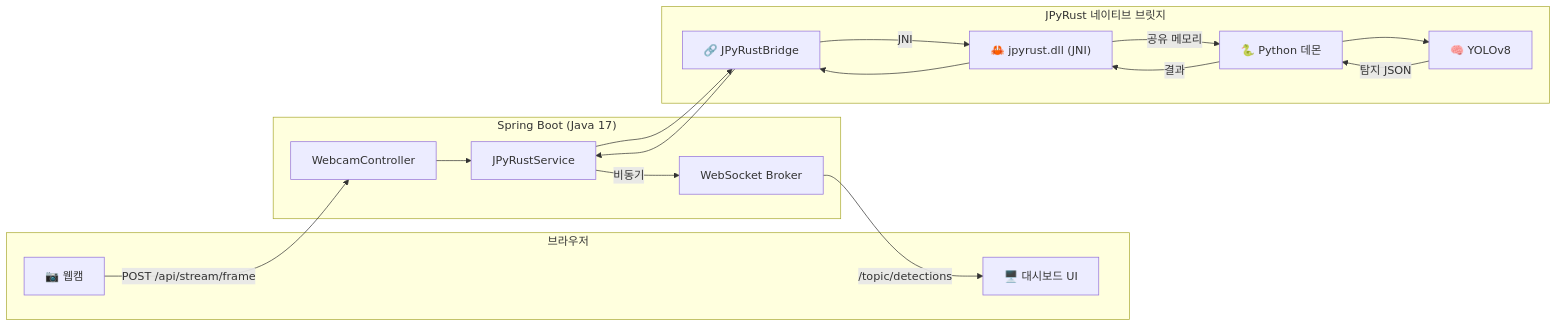
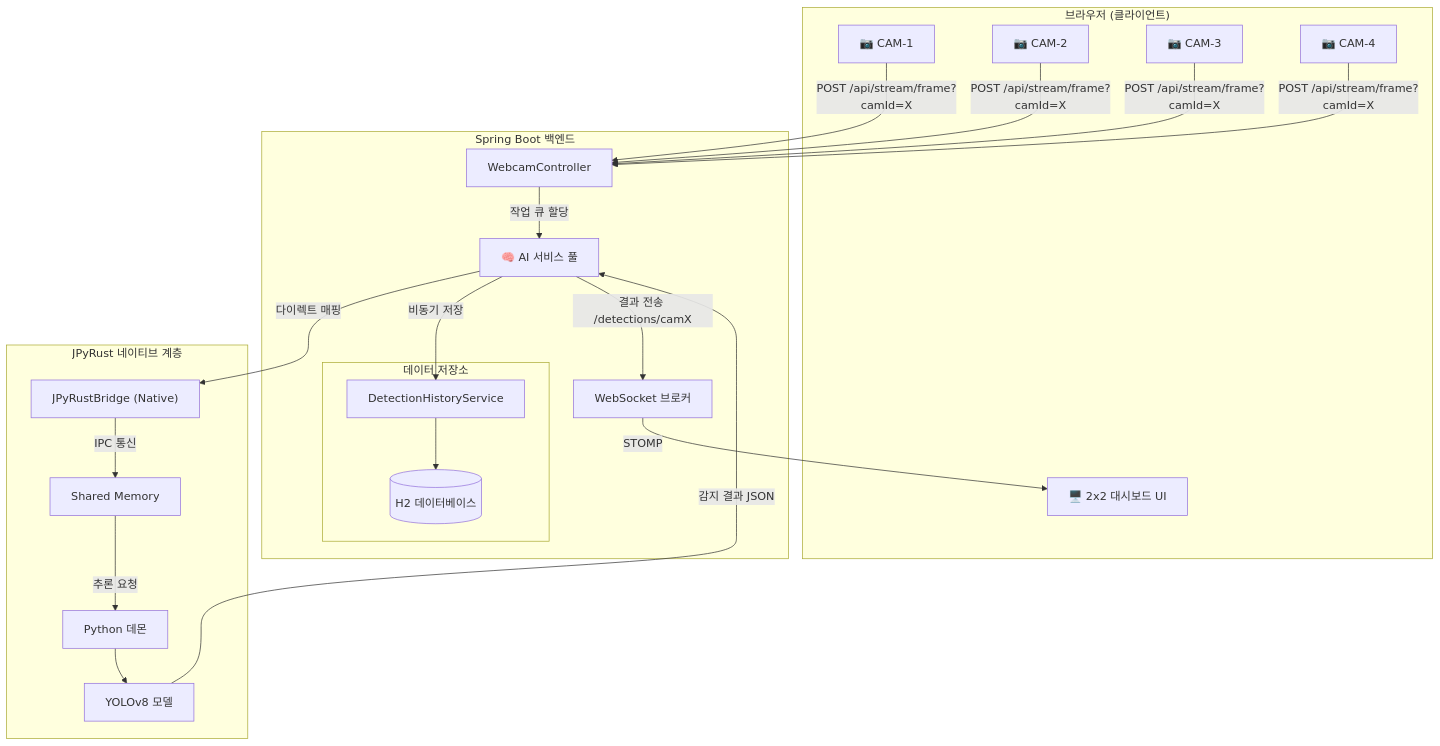
One commit to farmer0010/SmartFactory-Vision changed the diagram in README_KR.md. Above: the diagram before and after it, drawn with Mermaid. The commit also changed other lines of this file and 12 other files, not shown here.

````diff
--- a/README_KR.md
+++ b/README_KR.md
@@ -39,33 +38,41 @@
 ```mermaid
-graph LR
-    subgraph "브라우저"
-        Webcam["📷 웹캠"]
-        UI["🖥️ 대시보드 UI"]
+graph TD
+    subgraph "브라우저 (클라이언트)"
+        C1["📷 CAM-1"]
+        C2["📷 CAM-2"]
+        C3["📷 CAM-3"]
+        C4["📷 CAM-4"]
+        UI["🖥️ 2x2 대시보드 UI"]
     end
 
-    subgraph "Spring Boot (Java 17)"
+    subgraph "Spring Boot 백엔드"
         WC["WebcamController"]
-        JPS["JPyRustService"]
-        WS["WebSocket Broker"]
+        Pool["🧠 AI 서비스 풀"]
+        subgraph "데이터 저장소"
+            DHS["DetectionHistoryService"]
+            DB[("H2 데이터베이스")]
+        end
+        WS["WebSocket 브로커"]
     end
 
-    subgraph "JPyRust 네이티브 브릿지"
-        Bridge["🔗 JPyRustBridge"]
-        Rust["🦀 jpyrust.dll (JNI)"]
-        Python["🐍 Python 데몬"]
-        YOLO["🧠 YOLOv8"]
+    subgraph "JPyRust 네이티브 계층"
+        Bridge["JPyRustBridge (Native)"]
+        SHM["Shared Memory"]
+        Daemon["Python 데몬"]
+        YOLO["YOLOv8 모델"]
     end
 
-    Webcam -- "POST /api/stream/frame" --> WC
-    WC --> JPS
-    JPS --> Bridge
-    Bridge -- "JNI" --> Rust
-    Rust -- "공유 메모리" --> Python
-    Python --> YOLO
-    YOLO -- "탐지 JSON" --> Python
-    Python -- "결과" --> Rust
-    Rust --> Bridge
-    Bridge --> JPS
-    JPS -- "비동기" --> WS
-    WS -- "/topic/detections" --> UI
+    C1 & C2 & C3 & C4 -- "POST /api/stream/frame?camId=X" --> WC
+    WC -- "작업 큐 할당" --> Pool
+    Pool -- "다이렉트 매핑" --> Bridge
+    Bridge -- "IPC 통신" --> SHM
+    SHM -- "추론 요청" --> Daemon
+    Daemon --> YOLO
+    
+    YOLO -- "감지 결과 JSON" --> Pool
+    Pool -- "비동기 저장" --> DHS
+    DHS --> DB
+    
+    Pool -- "결과 전송 /detections/camX" --> WS
+    WS -- "STOMP" --> UI
 ```
````
